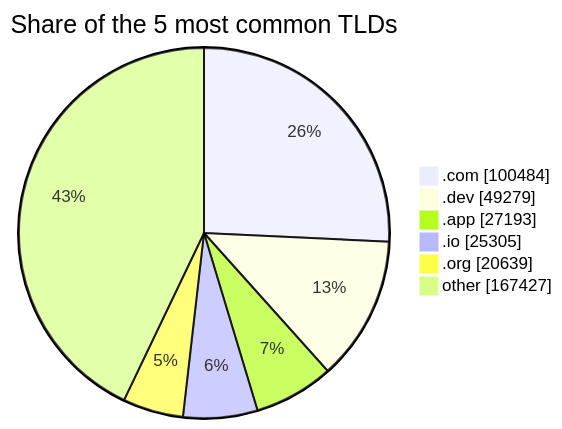
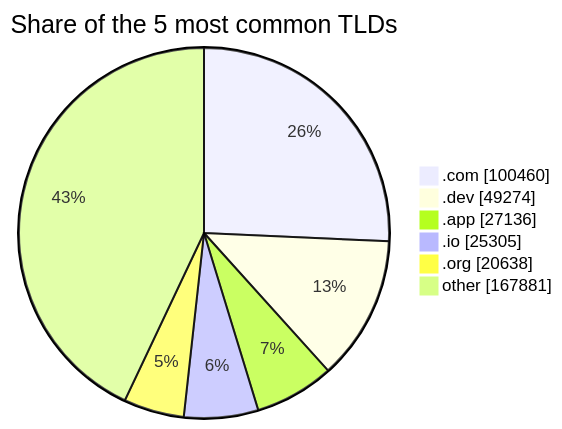
One commit to DNSBunker/CTI changed the third of 3 diagrams in README.md. Above: the diagram before and after it, drawn with Mermaid. The commit also changed other lines of this file and 3 other files, not shown here.

````diff
--- a/README.md
+++ b/README.md
@@ -81,9 +81,9 @@
 ```mermaid
 pie showData title Share of the 5 most common TLDs
-    ".com" : 100484
-    ".dev" : 49279
-    ".app" : 27193
+    ".com" : 100460
+    ".dev" : 49274
+    ".app" : 27136
     ".io" : 25305
-    ".org" : 20639
-    "other" : 167427
+    ".org" : 20638
+    "other" : 167881
 ```
````
